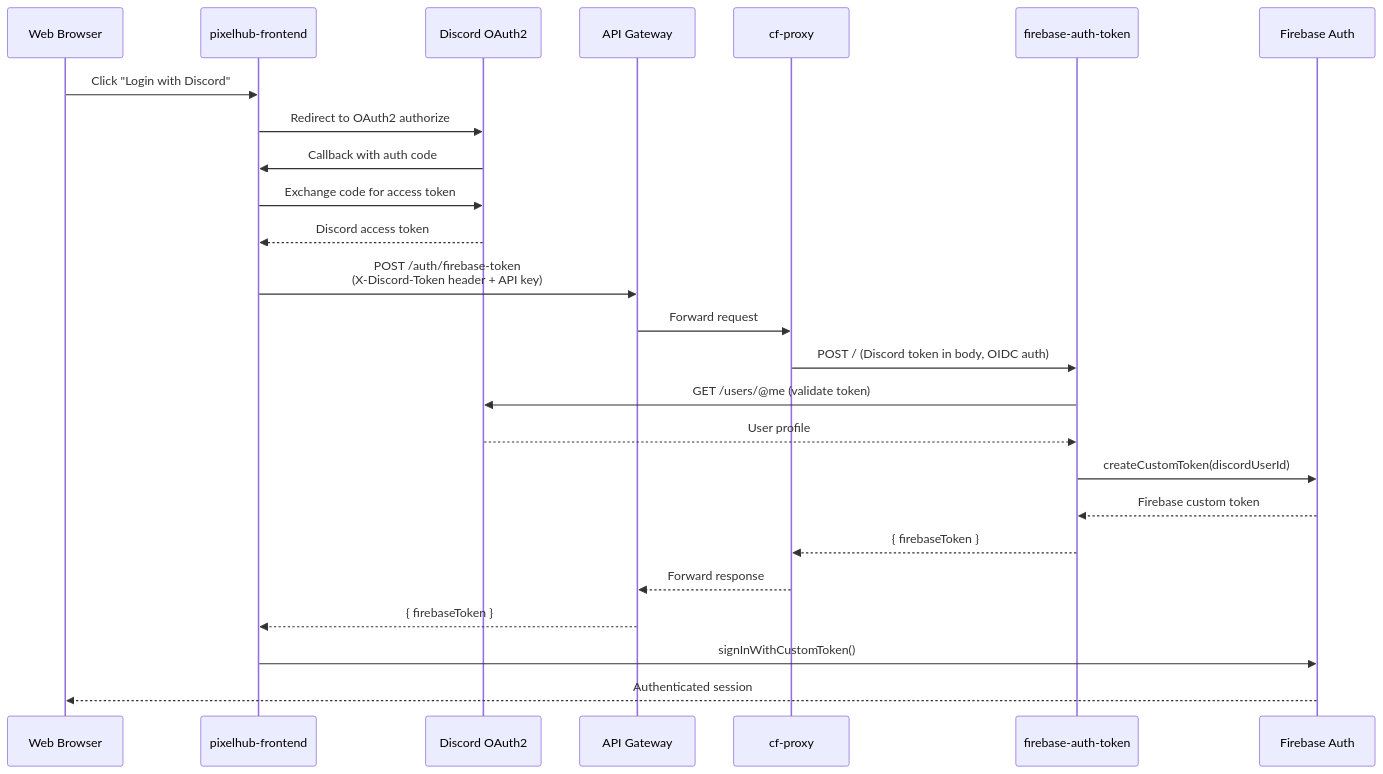
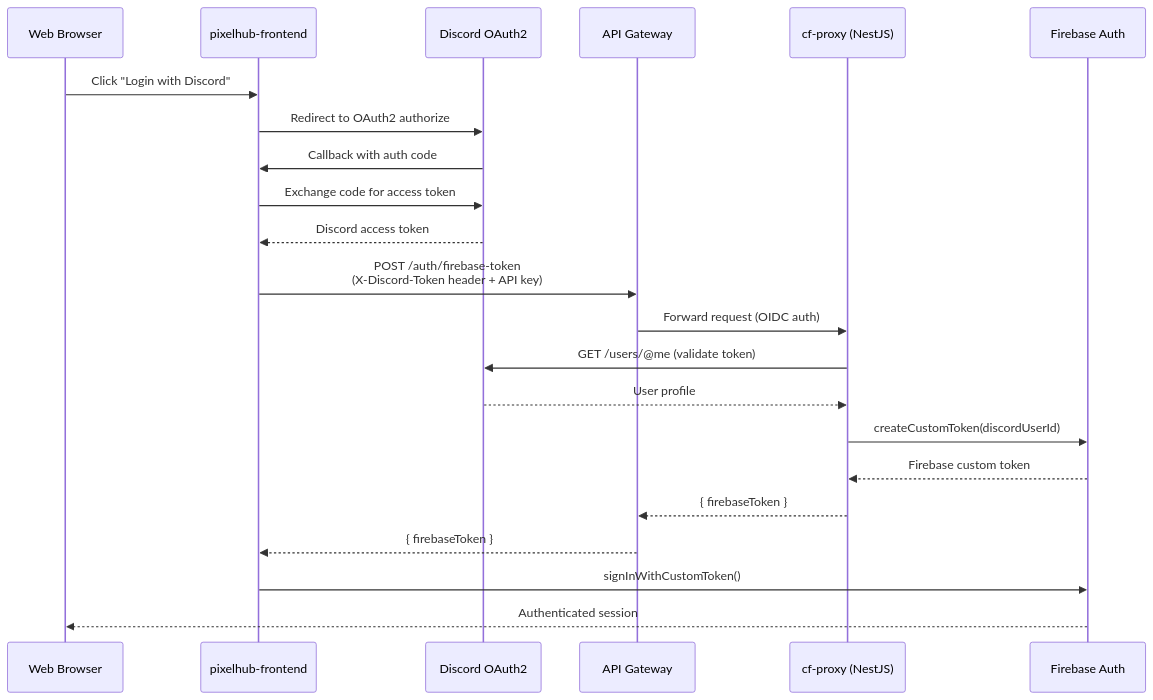
The fourth of 8 diagrams in docs/architecture.md (lenny-vigeon-dev/cervelet), drawn with Mermaid before and after one commit. The commit also changed other lines of this file and 3 other files, not shown here.

Commit message:
docs: remove phantom firebase-auth-token references from all documentation

````diff
--- a/docs/architecture.md
+++ b/docs/architecture.md
@@ -163,29 +157,26 @@
 ```mermaid
 sequenceDiagram
     participant User as Web Browser
     participant Frontend as pixelhub-frontend
     participant Discord as Discord OAuth2
     participant APIGW as API Gateway
-    participant Proxy as cf-proxy
-    participant AuthSvc as firebase-auth-token
+    participant Proxy as cf-proxy (NestJS)
     participant Firebase as Firebase Auth
 
     User->>Frontend: Click "Login with Discord"
     Frontend->>Discord: Redirect to OAuth2 authorize
     Discord->>Frontend: Callback with auth code
     Frontend->>Discord: Exchange code for access token
     Discord-->>Frontend: Discord access token
 
     Frontend->>APIGW: POST /auth/firebase-token<br/>(X-Discord-Token header + API key)
-    APIGW->>Proxy: Forward request
-    Proxy->>AuthSvc: POST / (Discord token in body, OIDC auth)
-    AuthSvc->>Discord: GET /users/@me (validate token)
-    Discord-->>AuthSvc: User profile
-    AuthSvc->>Firebase: createCustomToken(discordUserId)
-    Firebase-->>AuthSvc: Firebase custom token
-    AuthSvc-->>Proxy: { firebaseToken }
-    Proxy-->>APIGW: Forward response
+    APIGW->>Proxy: Forward request (OIDC auth)
+    Proxy->>Discord: GET /users/@me (validate token)
+    Discord-->>Proxy: User profile
+    Proxy->>Firebase: createCustomToken(discordUserId)
+    Firebase-->>Proxy: Firebase custom token
+    Proxy-->>APIGW: { firebaseToken }
     APIGW-->>Frontend: { firebaseToken }
     Frontend->>Firebase: signInWithCustomToken()
     Firebase-->>User: Authenticated session
 ```
````
